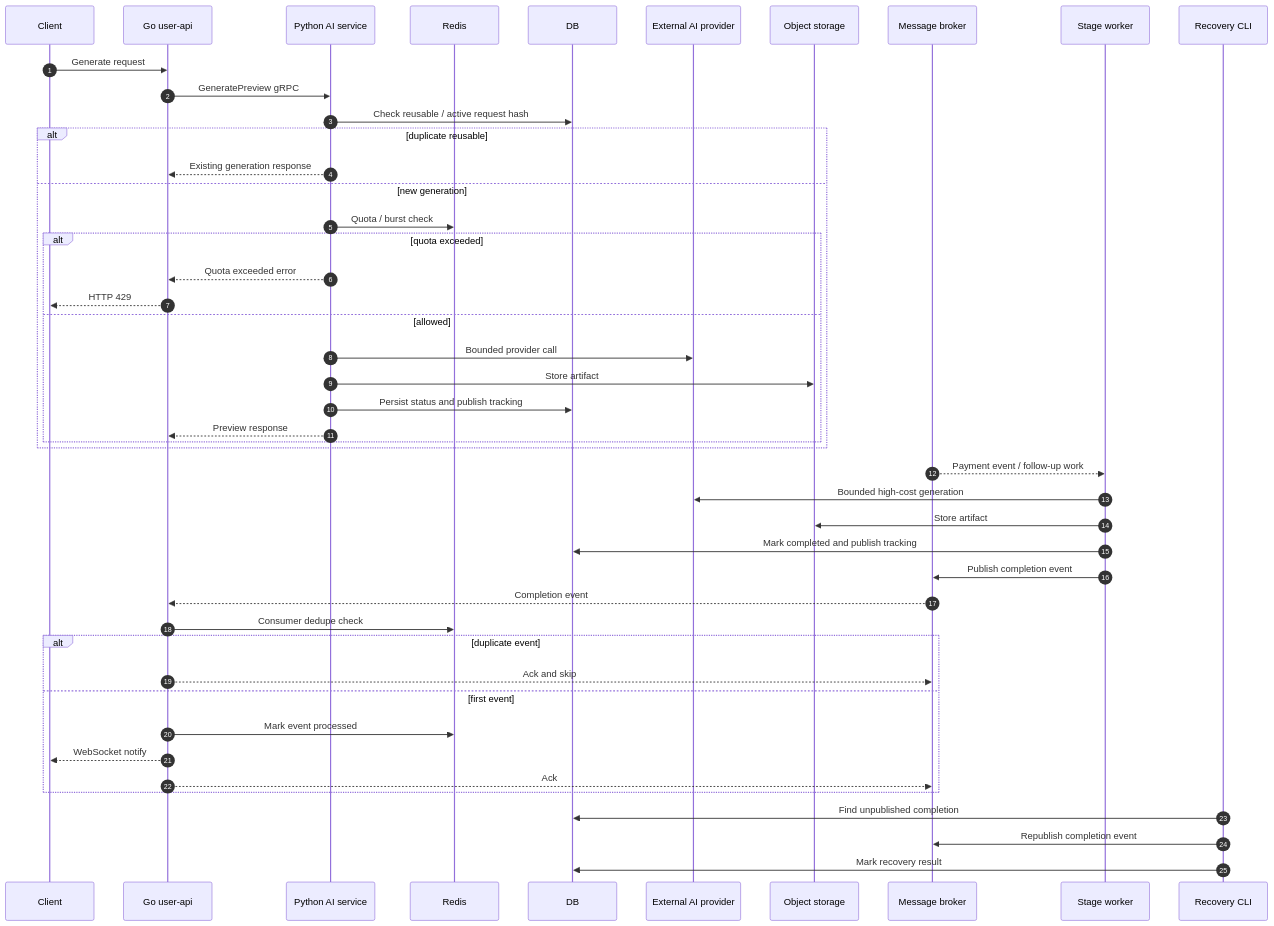
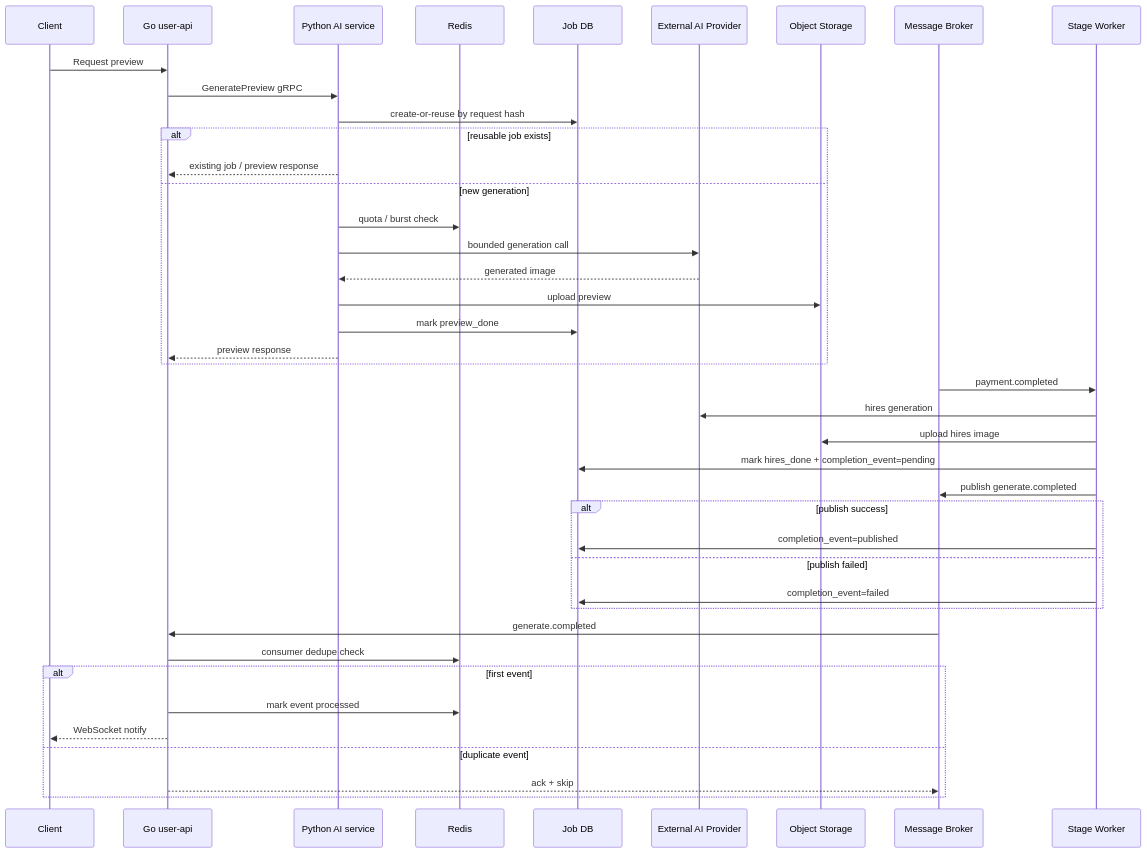
The diagram in projects/external-ai-model-call-backend-stabilization.md (bang9ming9/bang9ming9), drawn with Mermaid before and after one commit. The commit also changed other lines of this file and 1 other file, not shown here.

````diff
--- a/projects/external-ai-model-call-backend-stabilization.md
+++ b/projects/external-ai-model-call-backend-stabilization.md
@@ -66,56 +64,49 @@
 ```mermaid
 sequenceDiagram
-    autonumber
     participant C as Client
     participant U as Go user-api
     participant A as Python AI service
     participant R as Redis
-    participant D as DB
-    participant P as External AI provider
-    participant S as Object storage
-    participant B as Message broker
-    participant W as Stage worker
-    participant CLI as Recovery CLI
+    participant D as Job DB
+    participant P as External AI Provider
+    participant S as Object Storage
+    participant B as Message Broker
+    participant W as Stage Worker
 
-    C->>U: Generate request
+    C->>U: Request preview
     U->>A: GeneratePreview gRPC
+    A->>D: create-or-reuse by request hash
 
-    A->>D: Check reusable / active request hash
-
-    alt duplicate reusable
-        A-->>U: Existing generation response
+    alt reusable job exists
+        A-->>U: existing job / preview response
     else new generation
-        A->>R: Quota / burst check
-
-        alt quota exceeded
-            A-->>U: Quota exceeded error
-            U-->>C: HTTP 429
-        else allowed
-            A->>P: Bounded provider call
-            A->>S: Store artifact
-            A->>D: Persist status and publish tracking
-            A-->>U: Preview response
-        end
+        A->>R: quota / burst check
+        A->>P: bounded generation call
+        P-->>A: generated image
+        A->>S: upload preview
+        A->>D: mark preview_done
+        A-->>U: preview response
     end
 
-    B-->>W: Payment event / follow-up work
-    W->>P: Bounded high-cost generation
-    W->>S: Store artifact
-    W->>D: Mark completed and publish tracking
-    W->>B: Publish completion event
+    B->>W: payment.completed
+    W->>P: hires generation
+    W->>S: upload hires image
+    W->>D: mark hires_done + completion_event=pending
+    W->>B: publish generate.completed
 
-    B-->>U: Completion event
-    U->>R: Consumer dedupe check
-
-    alt duplicate event
-        U-->>B: Ack and skip
-    else first event
-        U->>R: Mark event processed
-        U-->>C: WebSocket notify
-        U-->>B: Ack
+    alt publish success
+        W->>D: completion_event=published
+    else publish failed
+        W->>D: completion_event=failed
     end
 
-    CLI->>D: Find unpublished completion
-    CLI->>B: Republish completion event
-    CLI->>D: Mark recovery result
+    B->>U: generate.completed
+    U->>R: consumer dedupe check
+
+    alt first event
+        U->>R: mark event processed
+        U-->>C: WebSocket notify
+    else duplicate event
+        U-->>B: ack + skip
+    end
 ```
````
